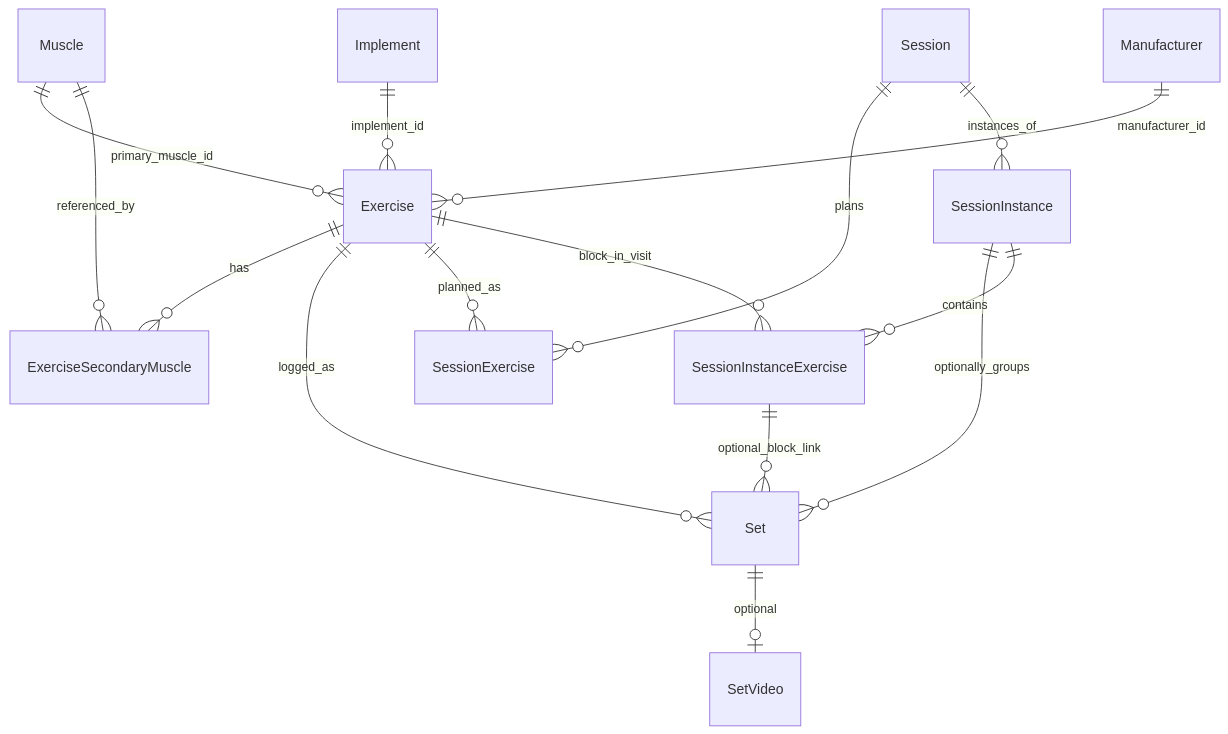
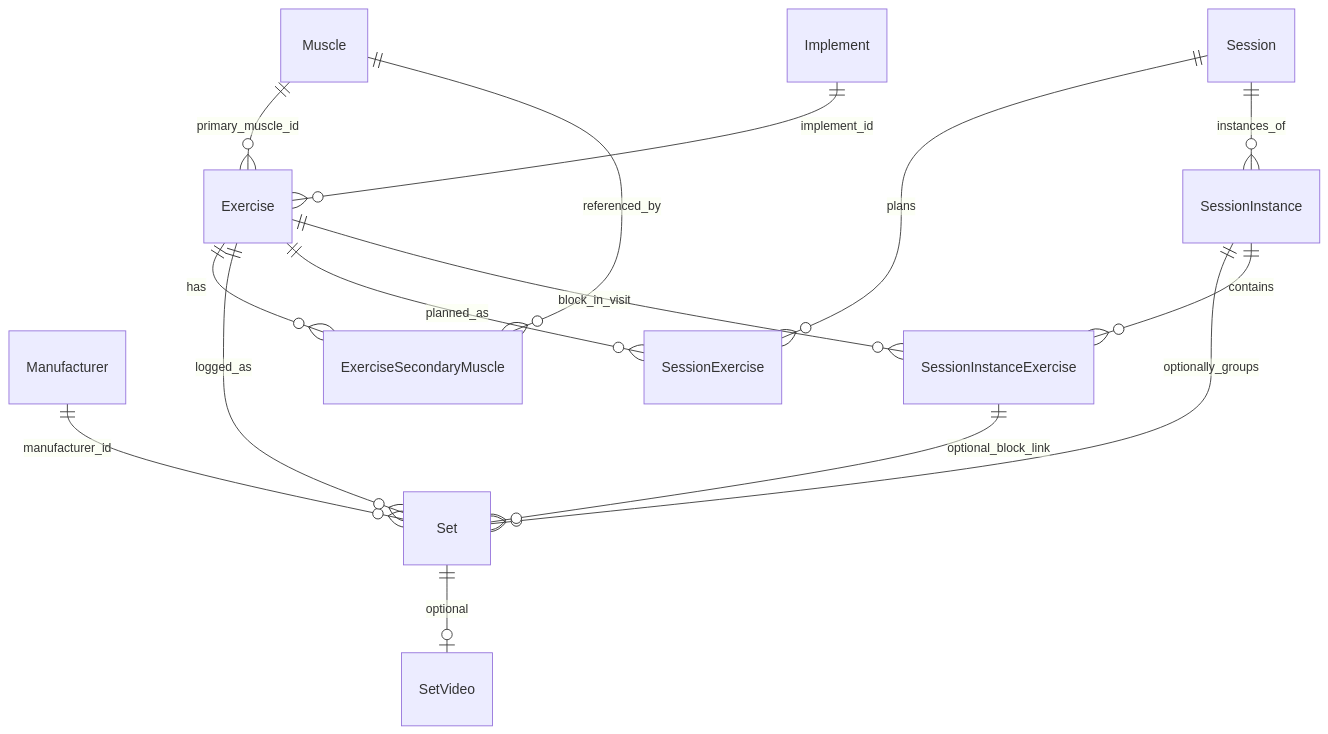
One commit to DavidLaMartina/your-set changed the diagram in docs/data-model.md. Above: the diagram before and after it, drawn with Mermaid. The commit also changed other lines of this file and 16 other files, not shown here.

````diff
--- a/docs/data-model.md
+++ b/docs/data-model.md
@@ -66,17 +67,17 @@
 ```mermaid
 erDiagram
   Implement ||--o{ Exercise : implement_id
   Muscle ||--o{ Exercise : primary_muscle_id
-  Manufacturer ||--o{ Exercise : manufacturer_id
+  Manufacturer ||--o{ Set : manufacturer_id
   Exercise ||--o{ ExerciseSecondaryMuscle : has
   Muscle ||--o{ ExerciseSecondaryMuscle : referenced_by
   Exercise ||--o{ Set : logged_as
   Session ||--o{ SessionExercise : plans
   Exercise ||--o{ SessionExercise : planned_as
   Session ||--o{ SessionInstance : instances_of
   SessionInstance ||--o{ Set : optionally_groups
   SessionInstance ||--o{ SessionInstanceExercise : contains
   Exercise ||--o{ SessionInstanceExercise : block_in_visit
   SessionInstanceExercise ||--o{ Set : optional_block_link
   Set ||--o| SetVideo : optional
 ```
````
